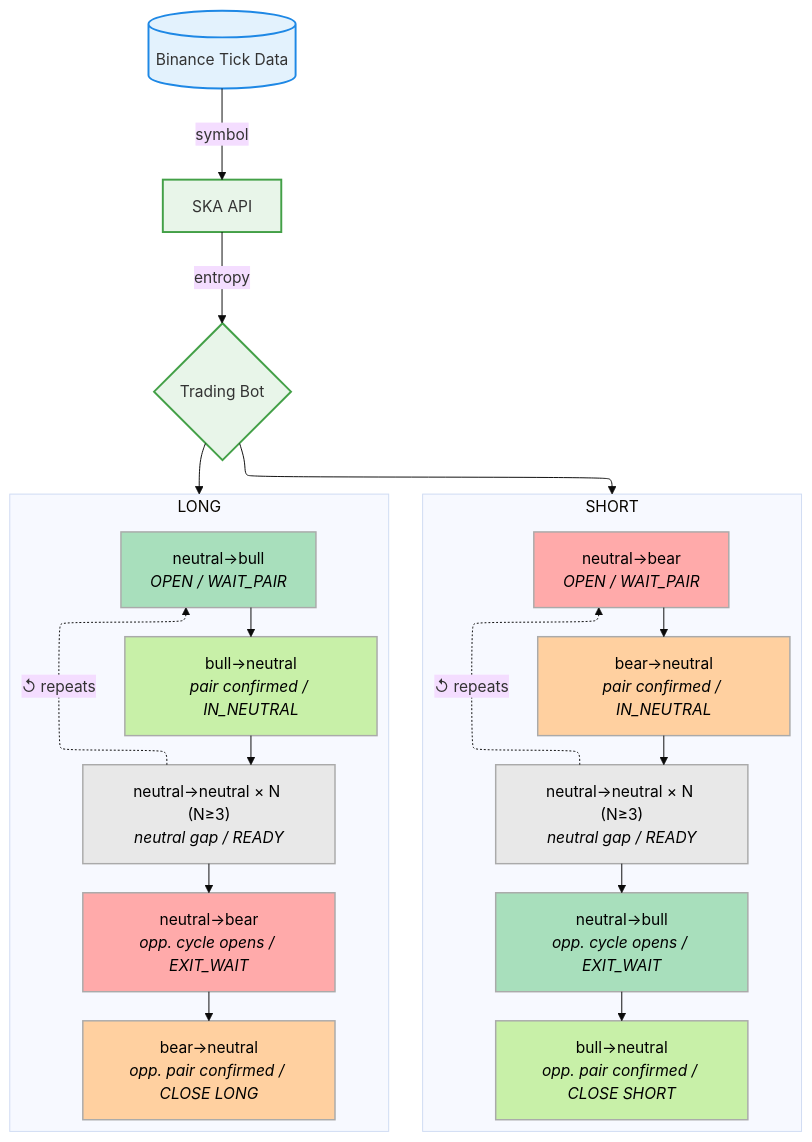
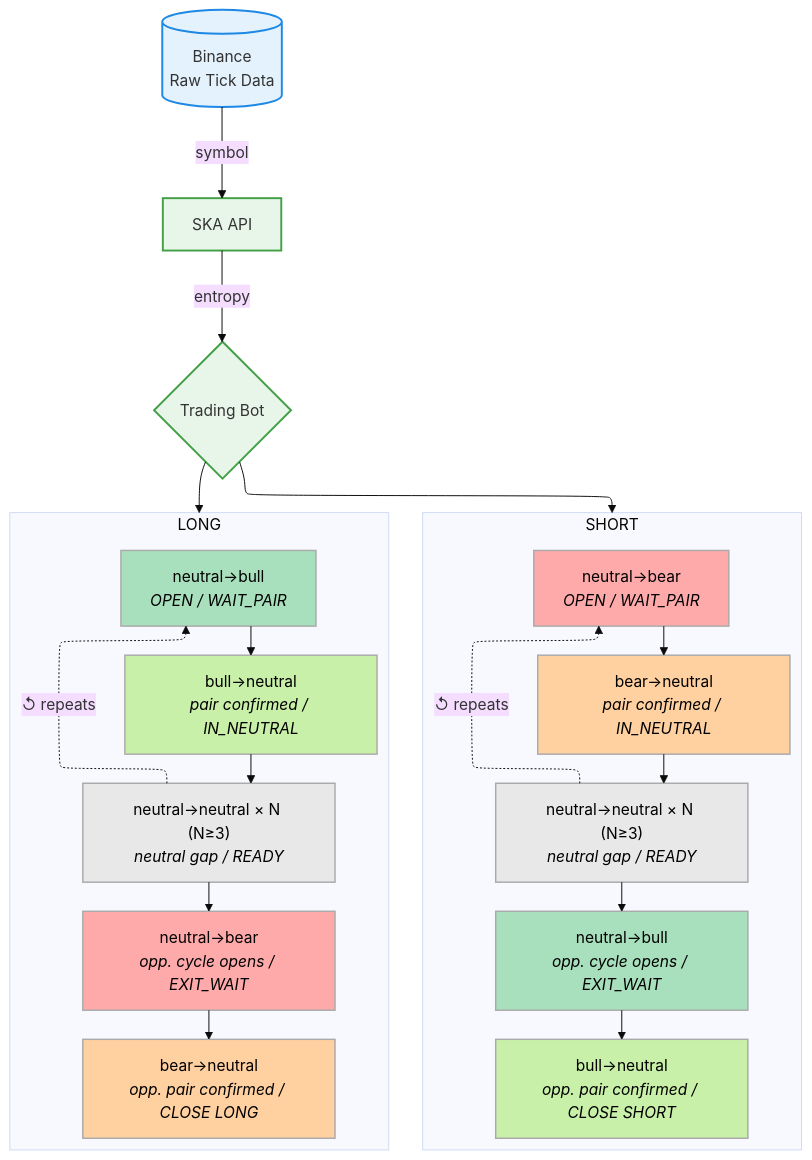
Before and after one commit to quantiota/SKA-Binance-API: the diagram in README.md, drawn with Mermaid.

````diff
--- a/README.md
+++ b/README.md
@@ -17,61 +17,61 @@
 ```mermaid
 ---
 config:
   look: classic
   theme: base
   layout: elk
 ---
 flowchart TD
-    BINANCE[(Binance Tick Data)]
+    BINANCE[(Binance <br/> Raw Tick Data)]
     API["SKA API"]
     BOT@{ shape: diamond, label: "Trading Bot" }
 
     BINANCE -- "symbol" --> API
     API -- "entropy" --> BOT
 
     BOT --> LONG
     BOT --> SHORT
 
     subgraph SHORT["SHORT"]
         direction TB
         S1["neutral→bear<br/><i>OPEN / WAIT_PAIR</i>"]
         S2["bear→neutral<br/><i>pair confirmed / IN_NEUTRAL</i>"]
         S3["neutral→neutral × N (N≥3)<br/><i>neutral gap / READY</i>"]
         S4["neutral→bull<br/><i>opp. cycle opens / EXIT_WAIT</i>"]
         S5["bull→neutral<br/><i>opp. pair confirmed / CLOSE SHORT</i>"]
         S1 --> S2 --> S3 --> S4 --> S5
         S3 -. "↺ repeats" .-> S1
     end
 
     subgraph LONG["LONG"]
         direction TB
         L1["neutral→bull<br/><i>OPEN / WAIT_PAIR</i>"]
         L2["bull→neutral<br/><i>pair confirmed / IN_NEUTRAL</i>"]
         L3["neutral→neutral × N (N≥3)<br/><i>neutral gap / READY</i>"]
         L4["neutral→bear<br/><i>opp. cycle opens / EXIT_WAIT</i>"]
         L5["bear→neutral<br/><i>opp. pair confirmed / CLOSE LONG</i>"]
         L1 --> L2 --> L3 --> L4 --> L5
         L3 -. "↺ repeats" .-> L1
     end
 
     classDef data      fill:#E3F2FD,stroke:#1E88E5,stroke-width:2px;
     classDef process   fill:#E8F5E9,stroke:#43A047,stroke-width:2px;
     classDef longOpen  fill:#A8DFBC,stroke:#AAAAAA,color:#000,stroke-width:1.5px;
     classDef longPair  fill:#C8F0A8,stroke:#AAAAAA,color:#000,stroke-width:1.5px;
     classDef shortOpen fill:#FFAAAA,stroke:#AAAAAA,color:#000,stroke-width:1.5px;
     classDef shortPair fill:#FFD0A0,stroke:#AAAAAA,color:#000,stroke-width:1.5px;
     classDef neutral   fill:#E8E8E8,stroke:#AAAAAA,color:#000,stroke-width:1.5px;
 
     class BINANCE data;
     class API,BOT process;
     class L1 longOpen;
     class L2 longPair;
     class L3 neutral;
     class L4 shortOpen;
     class L5 shortPair;
     class S1 shortOpen;
     class S2 shortPair;
     class S3 neutral;
     class S4 longOpen;
     class S5 longPair;
 ```
````
